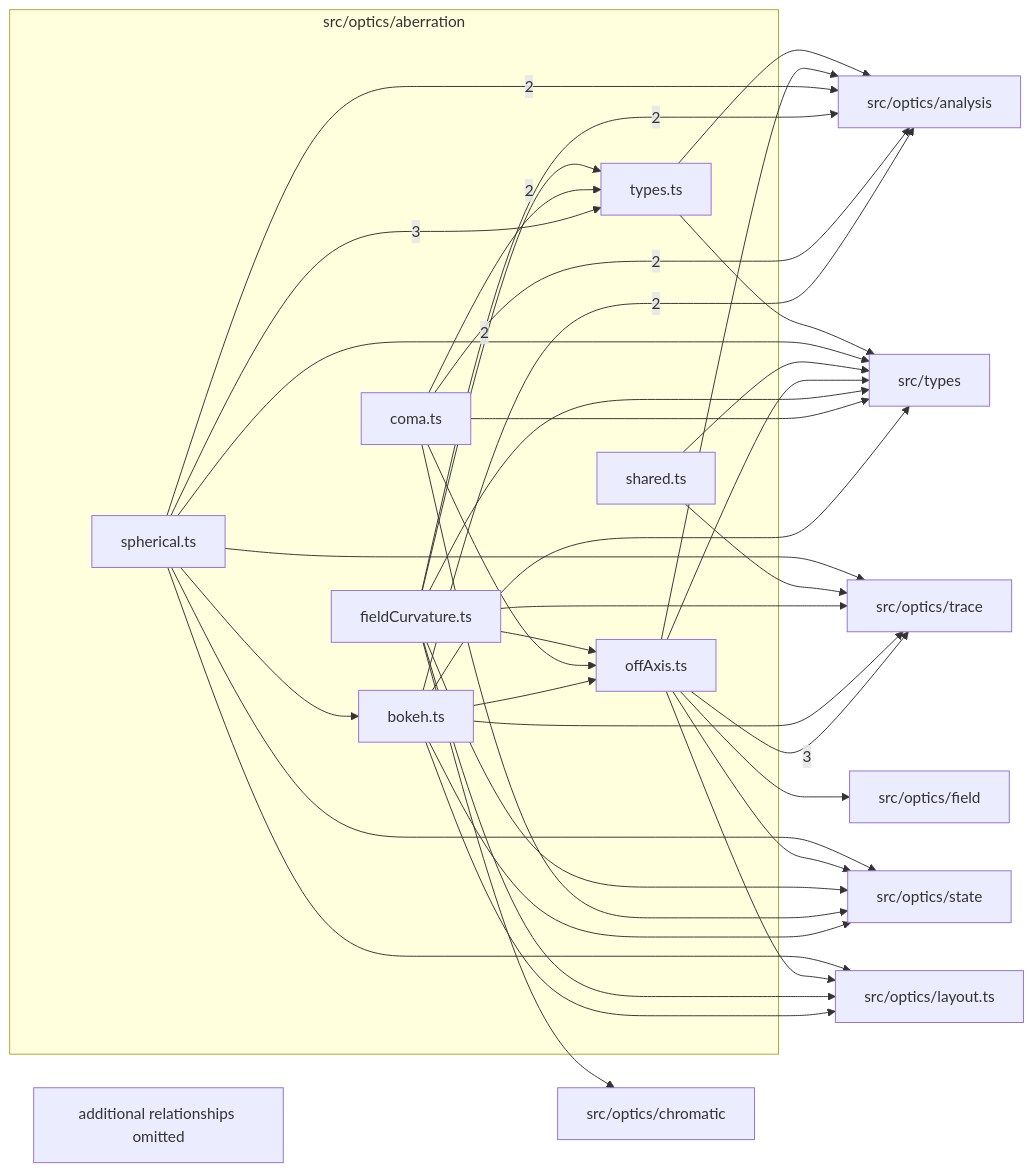
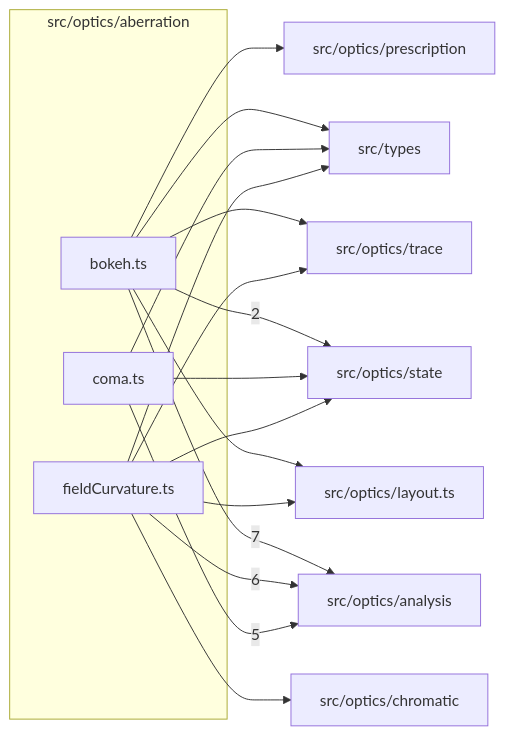
One commit to ronbuening/LensVisualizer changed the diagram in src/optics/aberration/readme.md. Above: the diagram before and after it, drawn with Mermaid. The commit also changed other lines of this file and 61 other files, not shown here.

Commit message:
S7.P2.T2 Spherical aberration, SA profile, blur character and best focus on AnalysisRequest

````diff
--- a/src/optics/aberration/readme.md
+++ b/src/optics/aberration/readme.md
@@ -9,56 +9,30 @@
 ```mermaid
 flowchart LR
   subgraph n_src_optics_aberration["src/optics/aberration"]
     n_src_optics_aberration_src_optics_aberration_bokeh_ts["bokeh.ts"]
     n_src_optics_aberration_src_optics_aberration_coma_ts["coma.ts"]
     n_src_optics_aberration_src_optics_aberration_fieldCurvature_ts["fieldCurvature.ts"]
-    n_src_optics_aberration_src_optics_aberration_offAxis_ts["offAxis.ts"]
-    n_src_optics_aberration_src_optics_aberration_shared_ts["shared.ts"]
-    n_src_optics_aberration_src_optics_aberration_spherical_ts["spherical.ts"]
-    n_src_optics_aberration_src_optics_aberration_types_ts["types.ts"]
   end
+  n_external_src_optics_analysis["src/optics/analysis"]
+  n_external_src_optics_state["src/optics/state"]
+  n_external_src_optics_chromatic["src/optics/chromatic"]
+  n_external_src_optics_layout_ts["src/optics/layout.ts"]
+  n_external_src_optics_prescription["src/optics/prescription"]
   n_external_src_optics_trace["src/optics/trace"]
-  n_external_src_optics_analysis["src/optics/analysis"]
-  n_external_src_optics_chromatic["src/optics/chromatic"]
-  n_external_src_optics_field["src/optics/field"]
-  n_external_src_optics_layout_ts["src/optics/layout.ts"]
-  n_external_src_optics_state["src/optics/state"]
   n_external_src_types["src/types"]
-  n_src_optics_aberration_src_optics_aberration_offAxis_ts --> |3| n_external_src_optics_trace
-  n_src_optics_aberration_src_optics_aberration_spherical_ts --> |3| n_src_optics_aberration_src_optics_aberration_types_ts
-  n_src_optics_aberration_src_optics_aberration_bokeh_ts --> |2| n_external_src_optics_analysis
-  n_src_optics_aberration_src_optics_aberration_coma_ts --> |2| n_external_src_optics_analysis
-  n_src_optics_aberration_src_optics_aberration_fieldCurvature_ts --> |2| n_external_src_optics_analysis
-  n_src_optics_aberration_src_optics_aberration_spherical_ts --> |2| n_external_src_optics_analysis
-  n_src_optics_aberration_src_optics_aberration_coma_ts --> |2| n_src_optics_aberration_src_optics_aberration_types_ts
-  n_src_optics_aberration_src_optics_aberration_fieldCurvature_ts --> |2| n_src_optics_aberration_src_optics_aberration_types_ts
-  n_src_optics_aberration_src_optics_aberration_offAxis_ts --> n_external_src_optics_analysis
-  n_src_optics_aberration_src_optics_aberration_types_ts --> n_external_src_optics_analysis
+  n_src_optics_aberration_src_optics_aberration_bokeh_ts --> |7| n_external_src_optics_analysis
+  n_src_optics_aberration_src_optics_aberration_fieldCurvature_ts --> |6| n_external_src_optics_analysis
+  n_src_optics_aberration_src_optics_aberration_coma_ts --> |5| n_external_src_optics_analysis
+  n_src_optics_aberration_src_optics_aberration_bokeh_ts --> |2| n_external_src_optics_state
   n_src_optics_aberration_src_optics_aberration_fieldCurvature_ts --> n_external_src_optics_chromatic
-  n_src_optics_aberration_src_optics_aberration_offAxis_ts --> n_external_src_optics_field
   n_src_optics_aberration_src_optics_aberration_bokeh_ts --> n_external_src_optics_layout_ts
   n_src_optics_aberration_src_optics_aberration_fieldCurvature_ts --> n_external_src_optics_layout_ts
-  n_src_optics_aberration_src_optics_aberration_offAxis_ts --> n_external_src_optics_layout_ts
-  n_src_optics_aberration_src_optics_aberration_spherical_ts --> n_external_src_optics_layout_ts
-  n_src_optics_aberration_src_optics_aberration_bokeh_ts --> n_external_src_optics_state
+  n_src_optics_aberration_src_optics_aberration_bokeh_ts --> n_external_src_optics_prescription
   n_src_optics_aberration_src_optics_aberration_coma_ts --> n_external_src_optics_state
   n_src_optics_aberration_src_optics_aberration_fieldCurvature_ts --> n_external_src_optics_state
-  n_src_optics_aberration_src_optics_aberration_offAxis_ts --> n_external_src_optics_state
-  n_src_optics_aberration_src_optics_aberration_spherical_ts --> n_external_src_optics_state
   n_src_optics_aberration_src_optics_aberration_bokeh_ts --> n_external_src_optics_trace
   n_src_optics_aberration_src_optics_aberration_fieldCurvature_ts --> n_external_src_optics_trace
-  n_src_optics_aberration_src_optics_aberration_shared_ts --> n_external_src_optics_trace
-  n_src_optics_aberration_src_optics_aberration_spherical_ts --> n_external_src_optics_trace
   n_src_optics_aberration_src_optics_aberration_bokeh_ts --> n_external_src_types
   n_src_optics_aberration_src_optics_aberration_coma_ts --> n_external_src_types
   n_src_optics_aberration_src_optics_aberration_fieldCurvature_ts --> n_external_src_types
-  n_src_optics_aberration_src_optics_aberration_offAxis_ts --> n_external_src_types
-  n_src_optics_aberration_src_optics_aberration_shared_ts --> n_external_src_types
-  n_src_optics_aberration_src_optics_aberration_spherical_ts --> n_external_src_types
-  n_src_optics_aberration_src_optics_aberration_types_ts --> n_external_src_types
-  n_src_optics_aberration_src_optics_aberration_spherical_ts --> n_src_optics_aberration_src_optics_aberration_bokeh_ts
-  n_src_optics_aberration_src_optics_aberration_bokeh_ts --> n_src_optics_aberration_src_optics_aberration_offAxis_ts
-  n_src_optics_aberration_src_optics_aberration_coma_ts --> n_src_optics_aberration_src_optics_aberration_offAxis_ts
-  n_src_optics_aberration_src_optics_aberration_fieldCurvature_ts --> n_src_optics_aberration_src_optics_aberration_offAxis_ts
-  n_src_optics_aberration_truncated["additional relationships omitted"]
 ```
````
